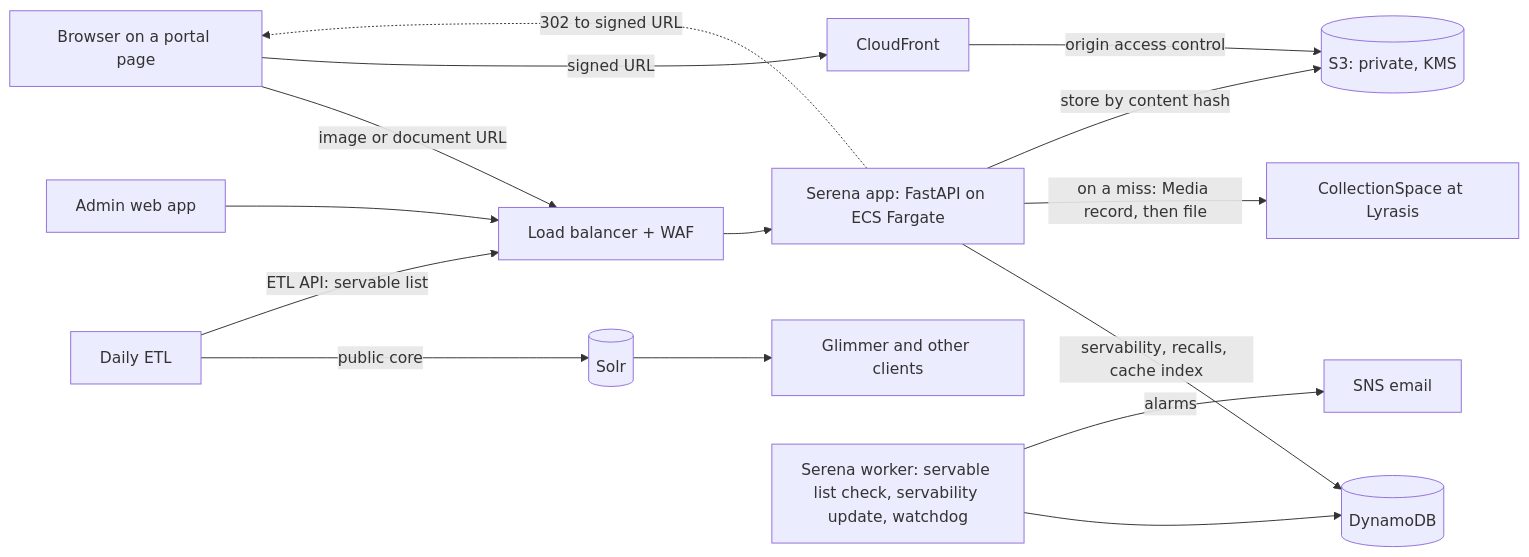
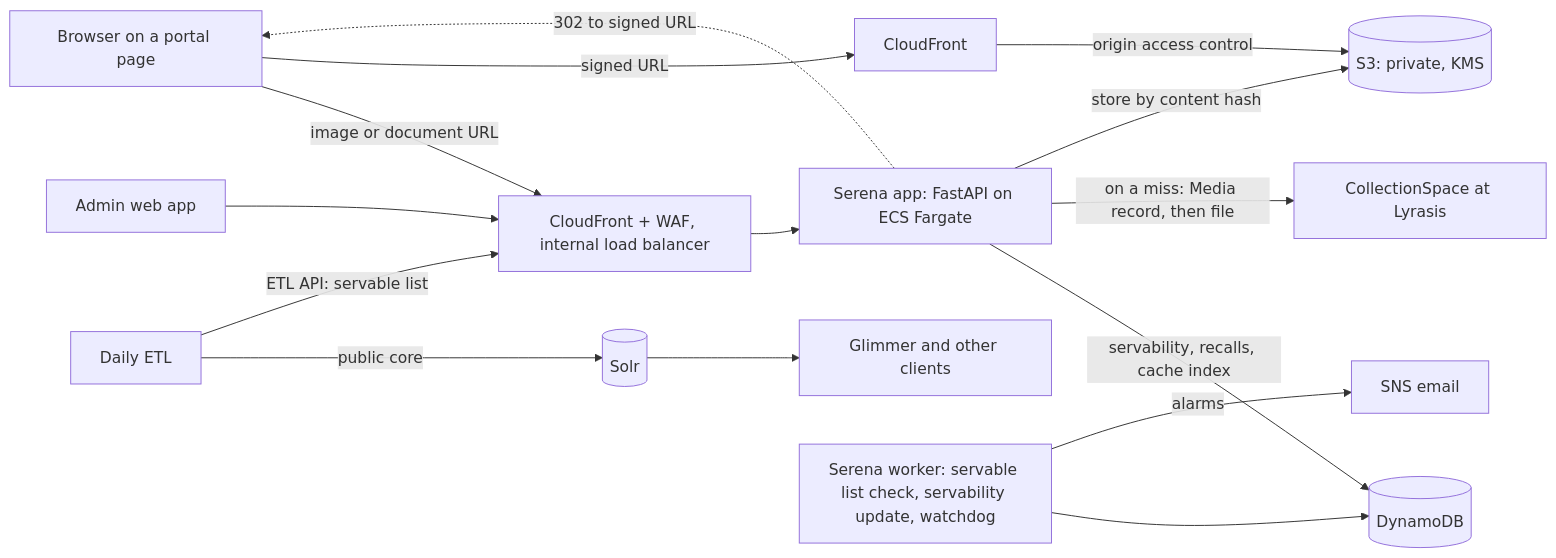
One commit to ets-berkeley-edu/cspace-media-server changed the first of 2 diagrams in docs/design.md. Above: the diagram before and after it, drawn with Mermaid. The commit also changed other lines of this file and 37 other files, not shown here.

First line of the commit message:
Deploy core: Serena on ECS Fargate behind CloudFront, with ./serena aws (PR 17)

````diff
--- a/docs/design.md
+++ b/docs/design.md
@@ -141,17 +141,17 @@
 ```mermaid
 flowchart LR
-  B[Browser on a portal page] -->|image or document URL| A[Load balancer + WAF]
+  B[Browser on a portal page] -->|image or document URL| A[CloudFront + WAF, internal load balancer]
   A --> S[Serena app: FastAPI on ECS Fargate]
   S -->|servability, recalls, cache index| D[(DynamoDB)]
   S -->|on a miss: Media record, then file| C[CollectionSpace at Lyrasis]
   S -->|store by content hash| K[(S3: private, KMS)]
   S -.->|302 to signed URL| B
   B -->|signed URL| F[CloudFront]
   F -->|origin access control| K
   E[Daily ETL] -->|public core| P[(Solr)]
   P --> G[Glimmer and other clients]
   E -->|ETL API: servable list| A
   W[Serena worker: servable list check, servability update, watchdog] --> D
   W -->|alarms| N[SNS email]
   M[Admin web app] --> A
 ```
````
